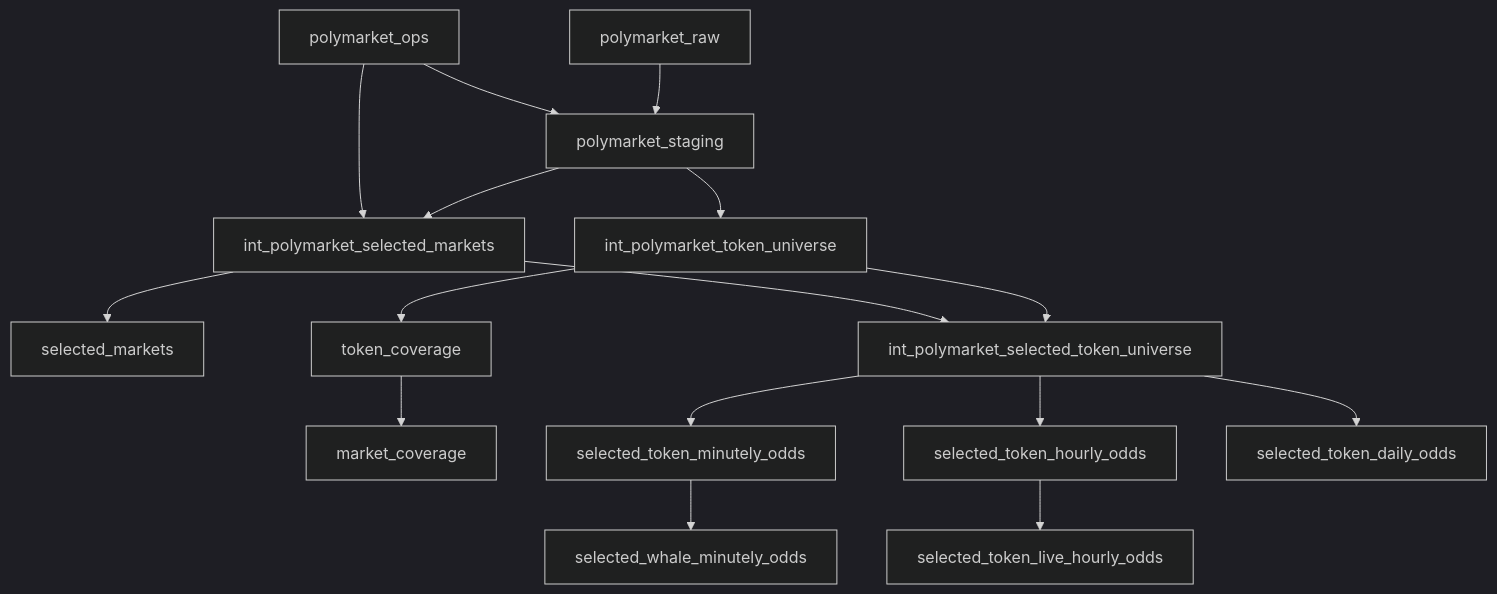
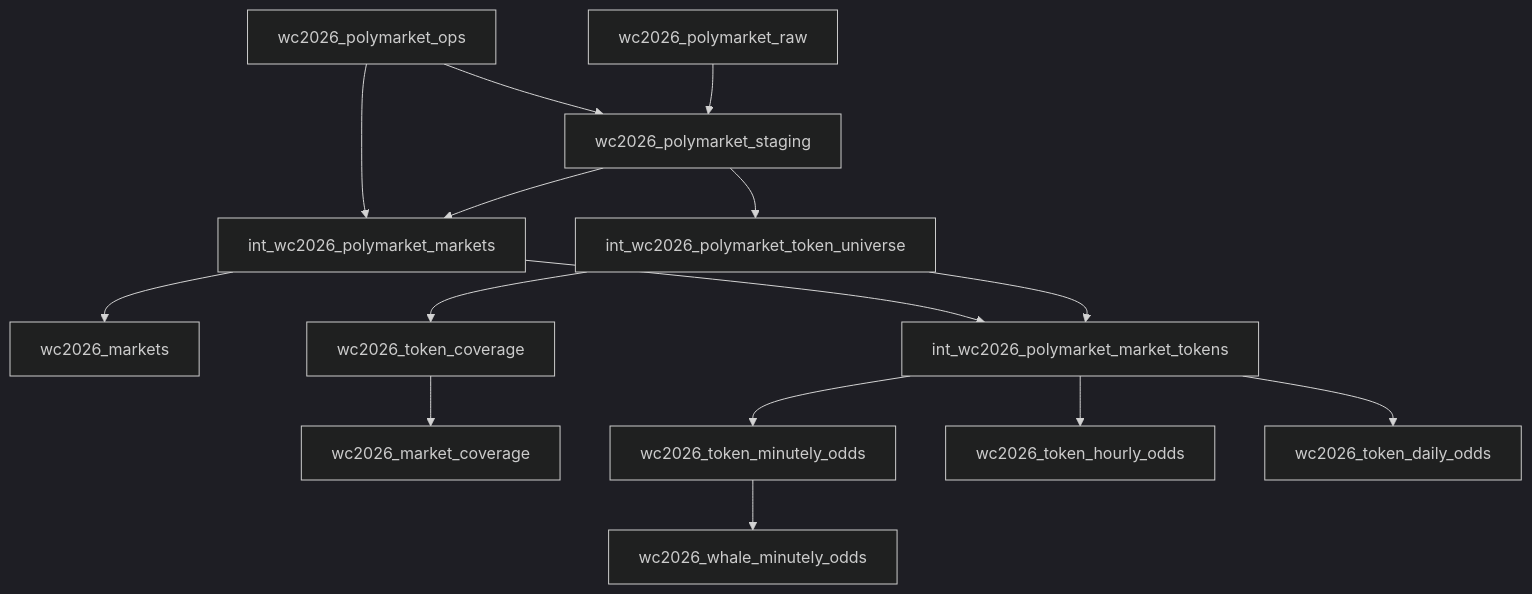
Before and after one commit to hypertrial/oddsfox-pipeline: the second of 2 diagrams in docs/architecture.md, drawn with Mermaid (dark theme). The commit also changed other lines of this file and 190 other files, not shown here.

````diff
--- a/docs/architecture.md
+++ b/docs/architecture.md
@@ -45,18 +43,17 @@
 ```mermaid
 flowchart TD
-    raw["polymarket_raw"] --> staging["polymarket_staging"]
-    ops["polymarket_ops"] --> staging
-    staging --> token_universe["int_polymarket_token_universe"]
-    staging --> selected_markets_int["int_polymarket_selected_markets"]
-    ops --> selected_markets_int
-    selected_markets_int --> selected_markets["selected_markets"]
-    token_universe --> selected_tokens["int_polymarket_selected_token_universe"]
-    selected_markets_int --> selected_tokens
-    token_universe --> coverage["token_coverage"]
-    coverage --> market_coverage["market_coverage"]
-    selected_tokens --> minutely["selected_token_minutely_odds"]
-    selected_tokens --> hourly["selected_token_hourly_odds"]
-    hourly --> live_hourly["selected_token_live_hourly_odds"]
-    selected_tokens --> daily["selected_token_daily_odds"]
-    minutely --> whale["selected_whale_minutely_odds"]
+    raw["wc2026_polymarket_raw"] --> staging["wc2026_polymarket_staging"]
+    ops["wc2026_polymarket_ops"] --> staging
+    staging --> token_universe["int_wc2026_polymarket_token_universe"]
+    staging --> wc2026_markets_int["int_wc2026_polymarket_markets"]
+    ops --> wc2026_markets_int
+    wc2026_markets_int --> wc2026_markets["wc2026_markets"]
+    token_universe --> wc2026_tokens["int_wc2026_polymarket_market_tokens"]
+    wc2026_markets_int --> wc2026_tokens
+    token_universe --> coverage["wc2026_token_coverage"]
+    coverage --> wc2026_market_coverage["wc2026_market_coverage"]
+    wc2026_tokens --> minutely["wc2026_token_minutely_odds"]
+    wc2026_tokens --> hourly["wc2026_token_hourly_odds"]
+    wc2026_tokens --> daily["wc2026_token_daily_odds"]
+    minutely --> whale["wc2026_whale_minutely_odds"]
 ```
````
